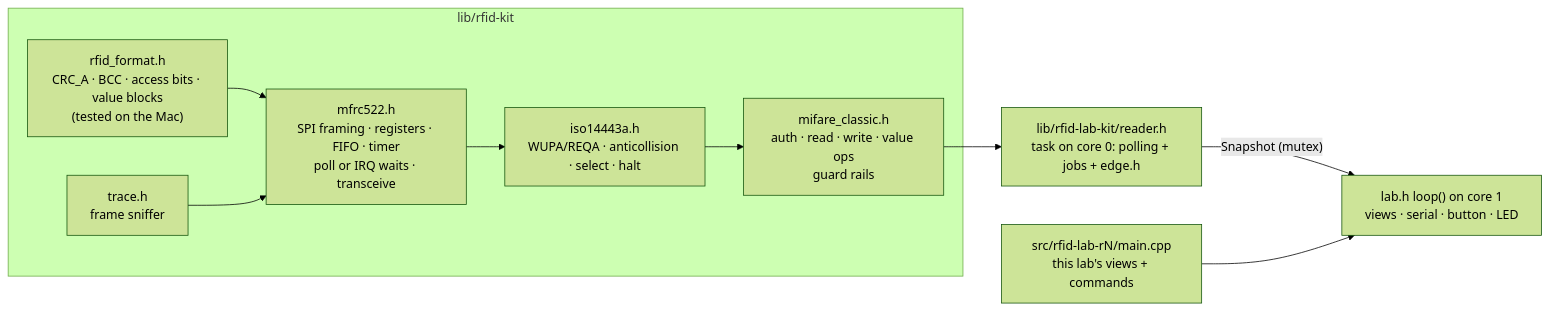
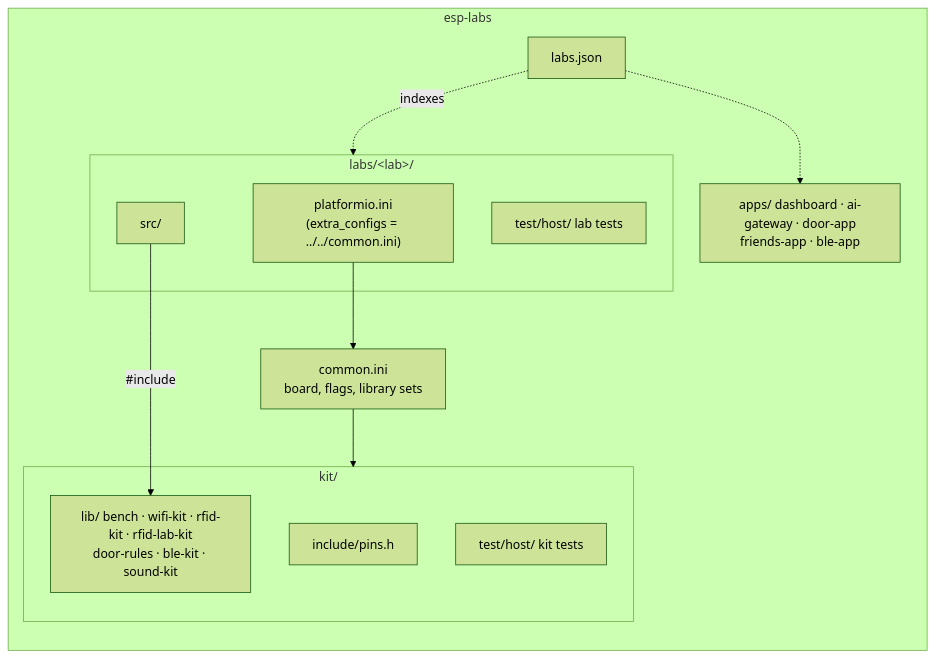
Before and after one commit to agharsallah/esp-labs: the diagram in README.md, drawn with Mermaid (forest theme). The commit also changed other lines of this file and 473 other files, not shown here.

First line of the commit message:
feat: split the test-esp labs into standalone PlatformIO projects

````diff
--- a/README.md
+++ b/README.md
@@ -280,16 +9,23 @@
 ```mermaid
 flowchart LR
-  subgraph kit["lib/rfid-kit"]
-    F["rfid_format.h<br/>CRC_A · BCC · access bits · value blocks<br/>(tested on the Mac)"]
-    M["mfrc522.h<br/>SPI framing · registers · FIFO · timer<br/>poll or IRQ waits · transceive"]
-    I["iso14443a.h<br/>WUPA/REQA · anticollision · select · halt"]
-    C["mifare_classic.h<br/>auth · read · write · value ops<br/>guard rails"]
-    T["trace.h<br/>frame sniffer"]
-    M --> I --> C
-    F --> M
-    T --> M
+  subgraph repo["esp-labs"]
+    common["common.ini<br/>board, flags, library sets"]
+    subgraph kit["kit/"]
+      inc["include/pins.h"]
+      libs["lib/ bench · wifi-kit · rfid-kit · rfid-lab-kit<br/>door-rules · ble-kit · sound-kit"]
+      ktests["test/host/ kit tests"]
+    end
+    subgraph labs["labs/&lt;lab&gt;/"]
+      ini["platformio.ini<br/>(extra_configs = ../../common.ini)"]
+      src["src/"]
+      ltests["test/host/ lab tests"]
+    end
+    apps["apps/ dashboard · ai-gateway · door-app<br/>friends-app · ble-app"]
+    manifest["labs.json"]
   end
-  C --> R["lib/rfid-lab-kit/reader.h<br/>task on core 0: polling + jobs + edge.h"]
-  R -->|"Snapshot (mutex)"| L["lab.h loop() on core 1<br/>views · serial · button · LED"]
-  M2["src/rfid-lab-rN/main.cpp<br/>this lab's views + commands"] --> L
+  ini --> common
+  common --> kit
+  src -->|"#include"| libs
+  manifest -.->|indexes| labs
+  manifest -.-> apps
 ```
````
